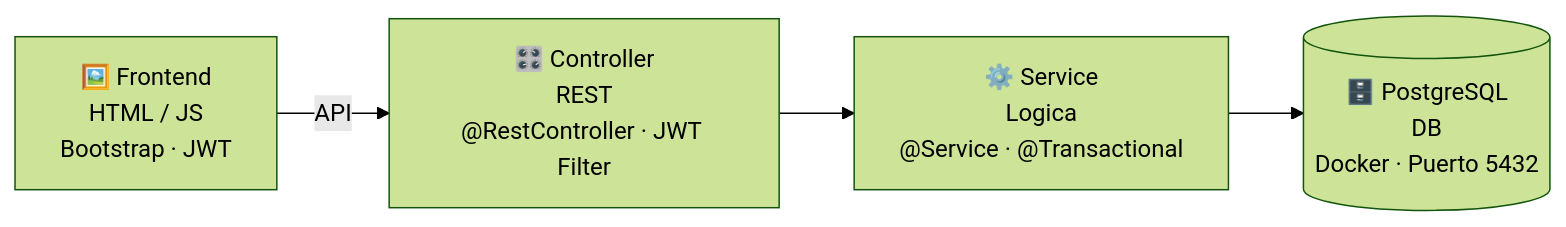
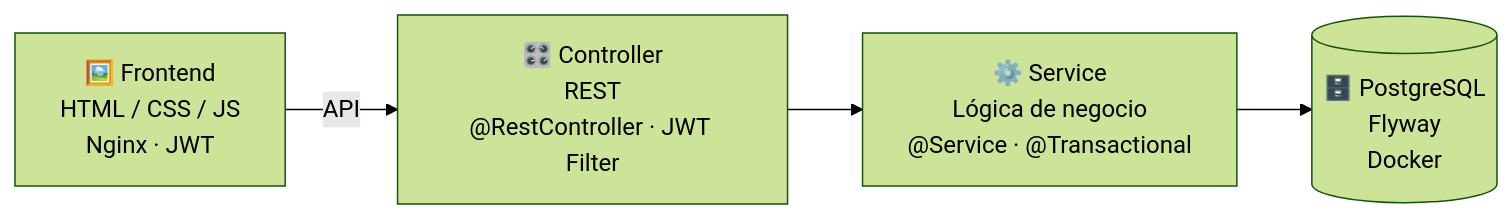
The third of 3 diagrams in README.md (javier-valle/SistemaAutoGestion), drawn with Mermaid (forest theme) before and after one commit. The commit also changed other lines of this file, not shown here.

````diff
--- a/README.md
+++ b/README.md
@@ -343,6 +324,6 @@
 ```mermaid
 flowchart LR
-    F["🖼️ Frontend<br/>HTML / JS<br/>Bootstrap · JWT"] -->|API| C["🎛️ Controller<br/>REST<br/>@RestController · JWT Filter"]
-    C --> S["⚙️ Service<br/>Logica<br/>@Service · @Transactional"]
-    S --> D[("🗄️ PostgreSQL<br/>DB<br/>Docker · Puerto 5432")]
+    F["🖼️ Frontend<br/>HTML / CSS / JS<br/>Nginx · JWT"] -->|API| C["🎛️ Controller<br/>REST<br/>@RestController · JWT Filter"]
+    C --> S["⚙️ Service<br/>Lógica de negocio<br/>@Service · @Transactional"]
+    S --> D[("🗄️ PostgreSQL<br/>Flyway<br/>Docker")]
 ```
````
